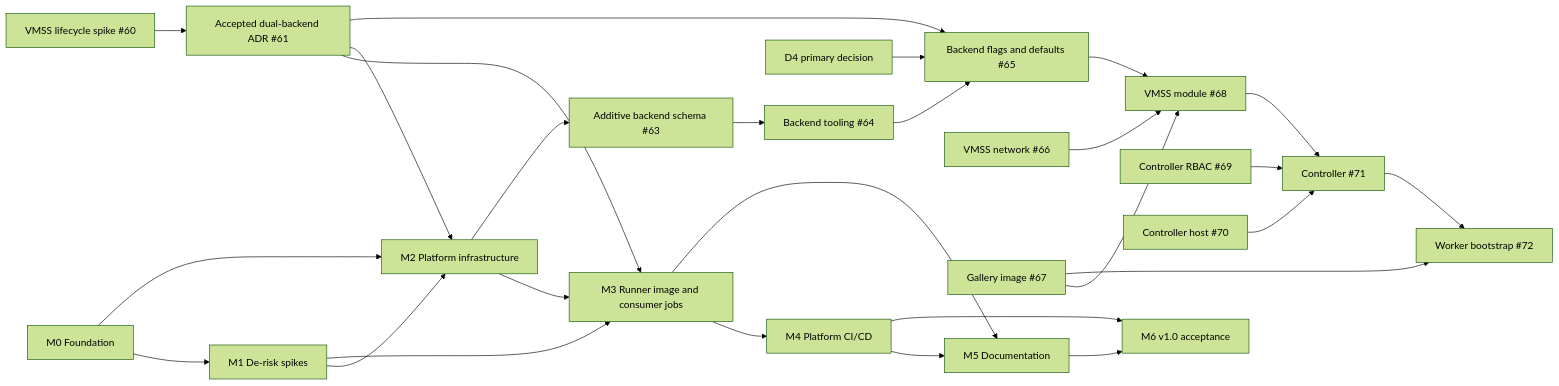
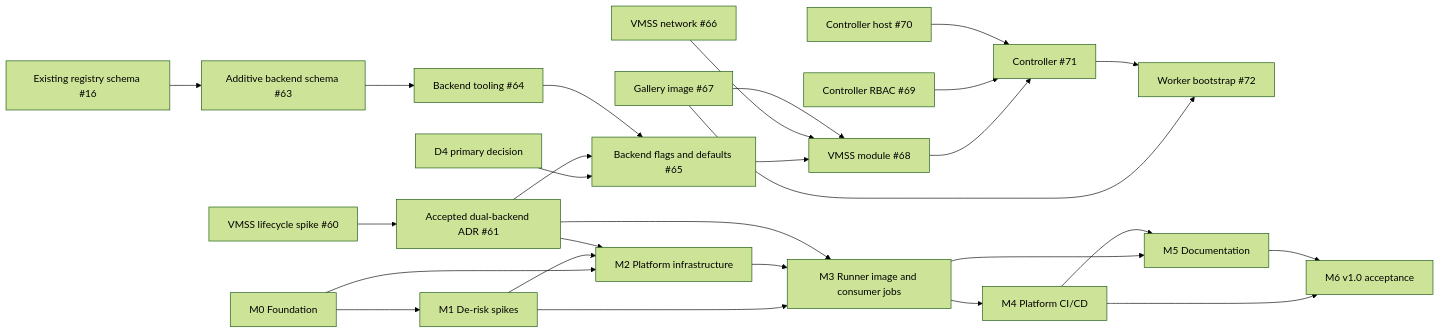
Before and after one commit to jonathan-vella/azure-gh-runners: the diagram in docs/roadmap.md, drawn with Mermaid (forest theme). The commit also changed other lines of this file and 1 other file, not shown here.

Commit message:
docs: correct dual-backend review details

````diff
--- a/docs/roadmap.md
+++ b/docs/roadmap.md
@@ -7,29 +7,29 @@
 ```mermaid
 graph LR
   M0[M0 Foundation] --> M1[M1 De-risk spikes]
   M0 --> M2[M2 Platform infrastructure]
   M1 --> M2
   M1 --> M3[M3 Runner image and consumer jobs]
   M2 --> M3
   S60[VMSS lifecycle spike #60] --> A61[Accepted dual-backend ADR #61]
   A61 --> M3
   A61 --> M2
-  M2 --> N63[Additive backend schema #63]
+  S16[Existing registry schema #16] --> N63[Additive backend schema #63]
   N63 --> T64[Backend tooling #64]
   D4[D4 primary decision] --> F65[Backend flags and defaults #65]
   A61 --> F65
   T64 --> F65
   F65 --> V68[VMSS module #68]
   N66[VMSS network #66] --> V68
   I67[Gallery image #67] --> V68
   V68 --> C71[Controller #71]
   RB69[Controller RBAC #69] --> C71
   H70[Controller host #70] --> C71
   I67 --> W72[Worker bootstrap #72]
   C71 --> W72
   M3 --> M4[M4 Platform CI/CD]
   M3 --> M5[M5 Documentation]
   M4 --> M5
   M4 --> M6[M6 v1.0 acceptance]
   M5 --> M6
 ```
````
